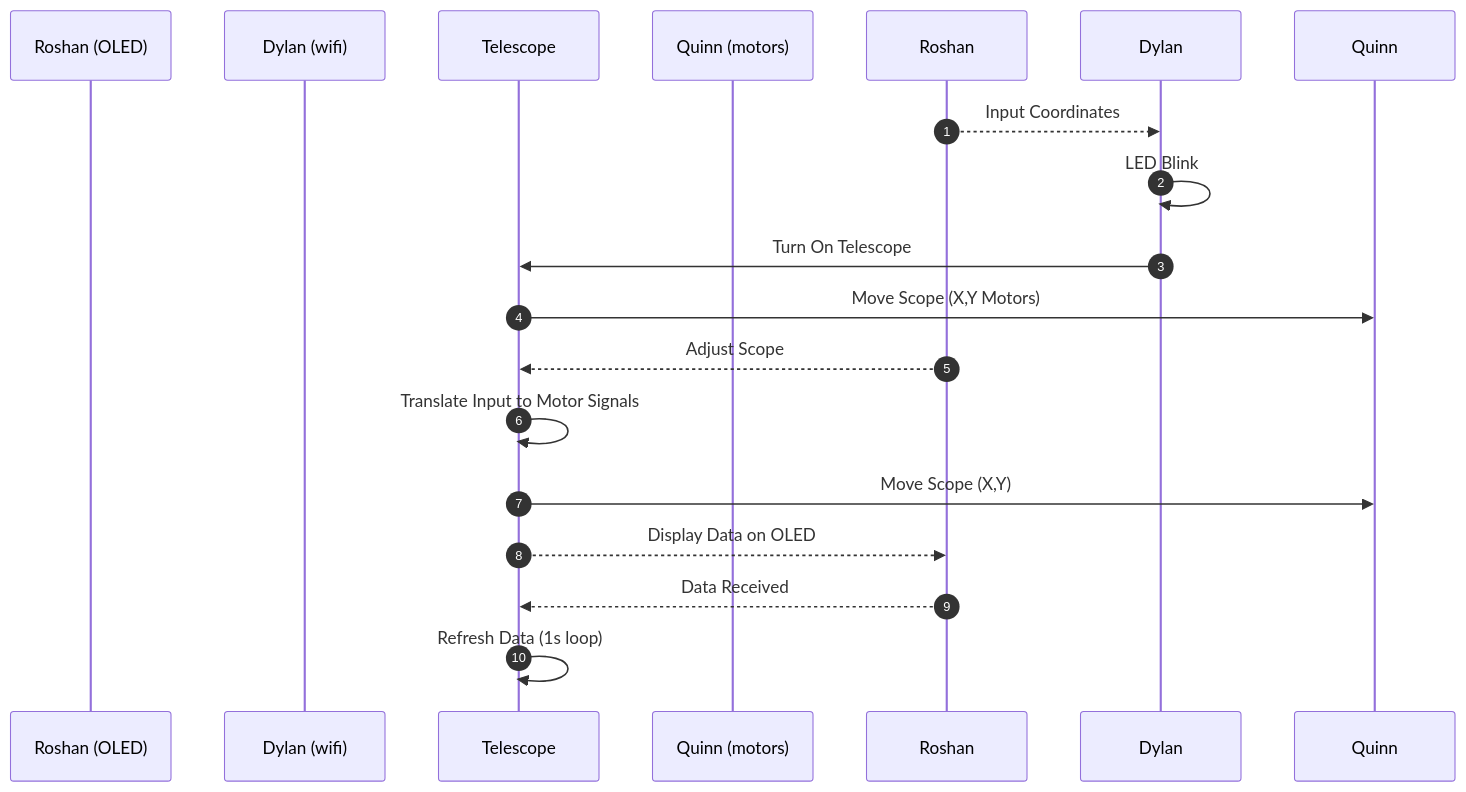
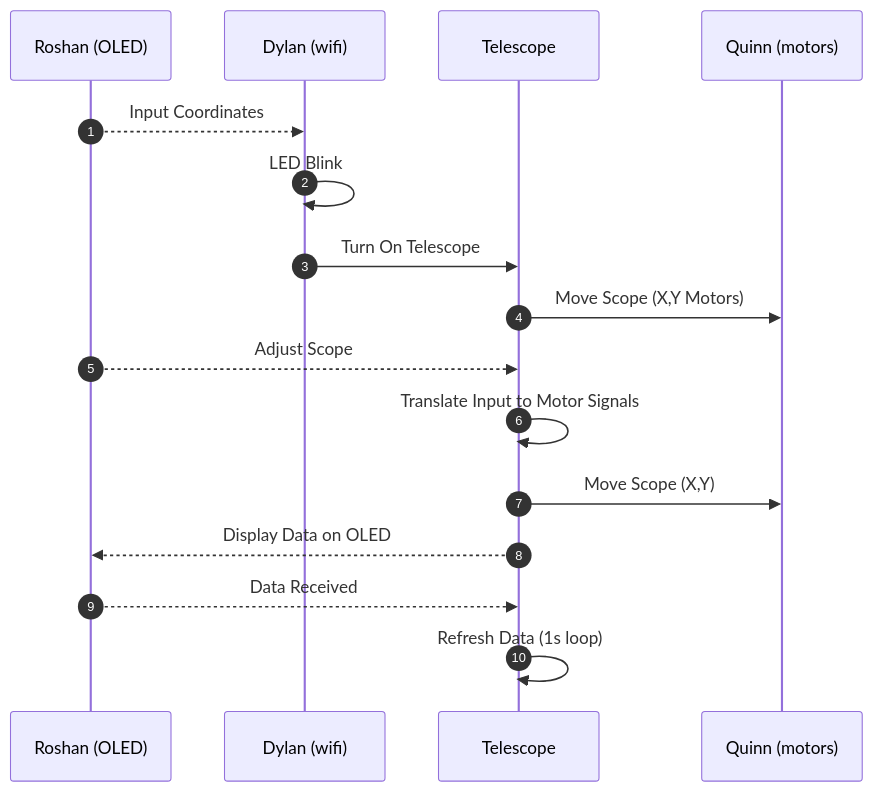
The diagram in docs/04-Team-Diagram.md (EGR314-S-2026-304/EGR314-S-2026-304.github.io), drawn with Mermaid before and after one commit.

````diff
--- a/docs/04-Team-Diagram.md
+++ b/docs/04-Team-Diagram.md
@@ -14,23 +14,23 @@
 ``` mermaid
 sequenceDiagram
   autonumber
 
 
   participant Roshan (OLED)
   participant Dylan (wifi)
   participant Telescope
   participant Quinn (motors)
 
-  Roshan-->>Dylan: Input Coordinates
-  Dylan->>Dylan: LED Blink
-  Dylan->>Telescope: Turn On Telescope
-  Telescope->>Quinn: Move Scope (X,Y Motors)
+  Roshan (OLED)-->>Dylan (wifi): Input Coordinates
+  Dylan (wifi)->>Dylan (wifi): LED Blink
+  Dylan (wifi)->>Telescope: Turn On Telescope
+  Telescope->>Quinn (motors): Move Scope (X,Y Motors)
 
-  Roshan-->>Telescope: Adjust Scope
+  Roshan (OLED)-->>Telescope: Adjust Scope
   Telescope->>Telescope: Translate Input to Motor Signals
-  Telescope->>Quinn: Move Scope (X,Y)
+  Telescope->>Quinn (motors): Move Scope (X,Y)
 
-  Telescope-->>Roshan: Display Data on OLED
-  Roshan-->>Telescope: Data Received
+  Telescope-->>Roshan (OLED): Display Data on OLED
+  Roshan (OLED)-->>Telescope: Data Received
   Telescope->>Telescope: Refresh Data (1s loop)
 ```
````
